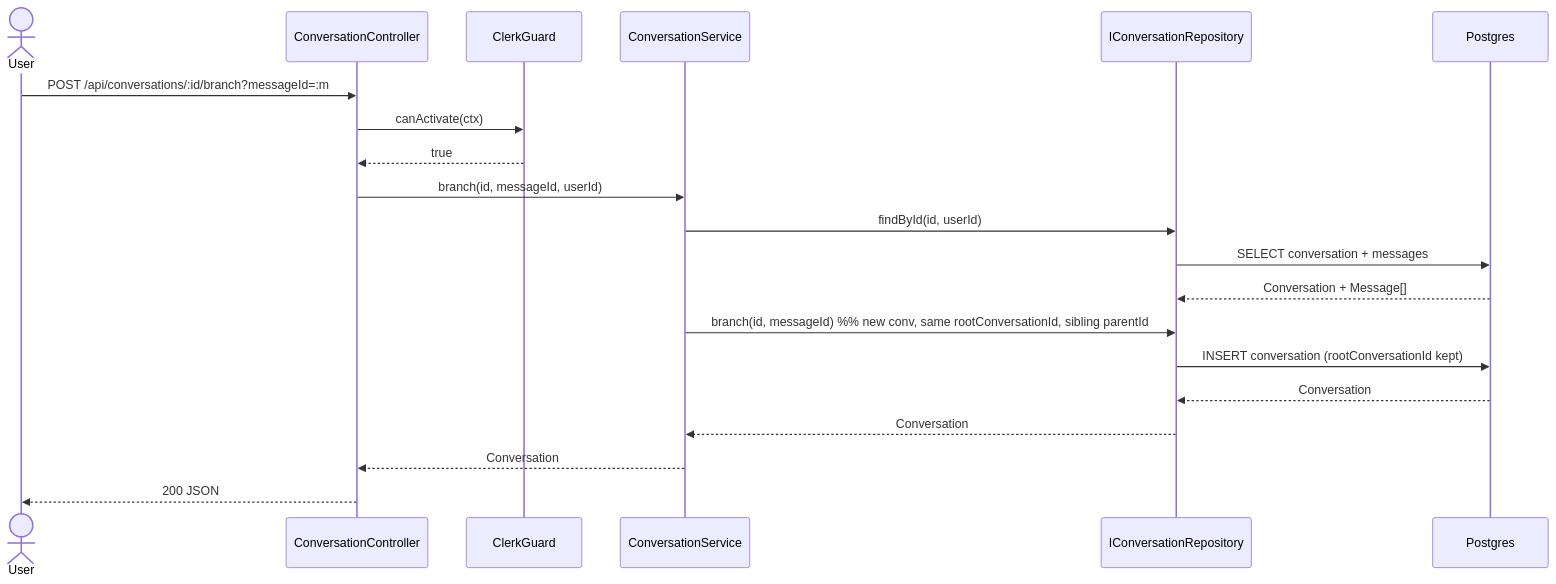
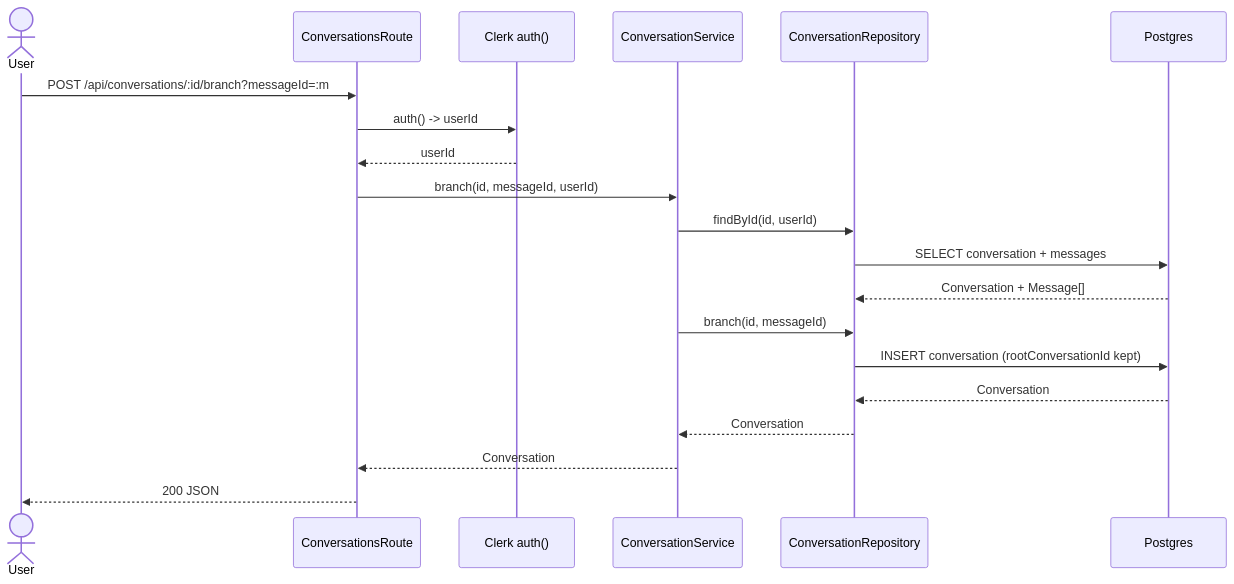
Before and after one commit to Glitch-guy0/chaiGPT: the second of 6 diagrams in _bmad-output/planning-artifacts/03-sequence.md, drawn with Mermaid. The commit also changed other lines of this file and 9 other files, not shown here.

````diff
--- a/_bmad-output/planning-artifacts/03-sequence.md
+++ b/_bmad-output/planning-artifacts/03-sequence.md
@@ -53,23 +53,23 @@
 ```mermaid
 sequenceDiagram
     actor User
-    participant C as ConversationController
-    participant G as ClerkGuard
+    participant C as ConversationsRoute
+    participant AUTH as Clerk auth()
     participant S as ConversationService
-    participant CR as IConversationRepository
+    participant CR as ConversationRepository
     participant DB as Postgres
 
     User->>C: POST /api/conversations/:id/branch?messageId=:m
-    C->>G: canActivate(ctx)
-    G-->>C: true
+    C->>AUTH: auth() -> userId
+    AUTH-->>C: userId
     C->>S: branch(id, messageId, userId)
     S->>CR: findById(id, userId)
     CR->>DB: SELECT conversation + messages
     DB-->>CR: Conversation + Message[]
-    S->>CR: branch(id, messageId)  %% new conv, same rootConversationId, sibling parentId
+    S->>CR: branch(id, messageId)
     CR->>DB: INSERT conversation (rootConversationId kept)
     DB-->>CR: Conversation
     CR-->>S: Conversation
     S-->>C: Conversation
     C-->>User: 200 JSON
 ```
````
